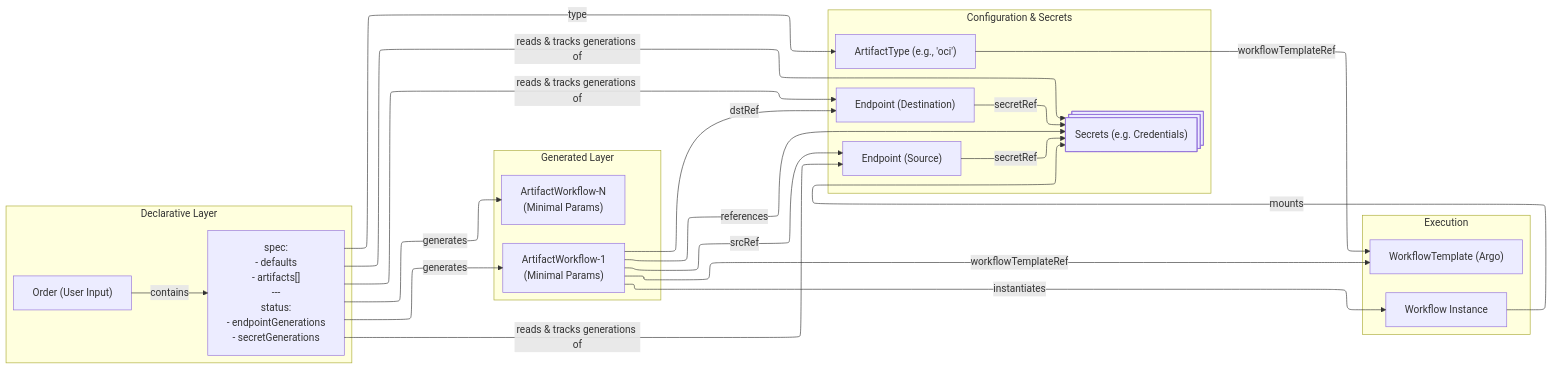
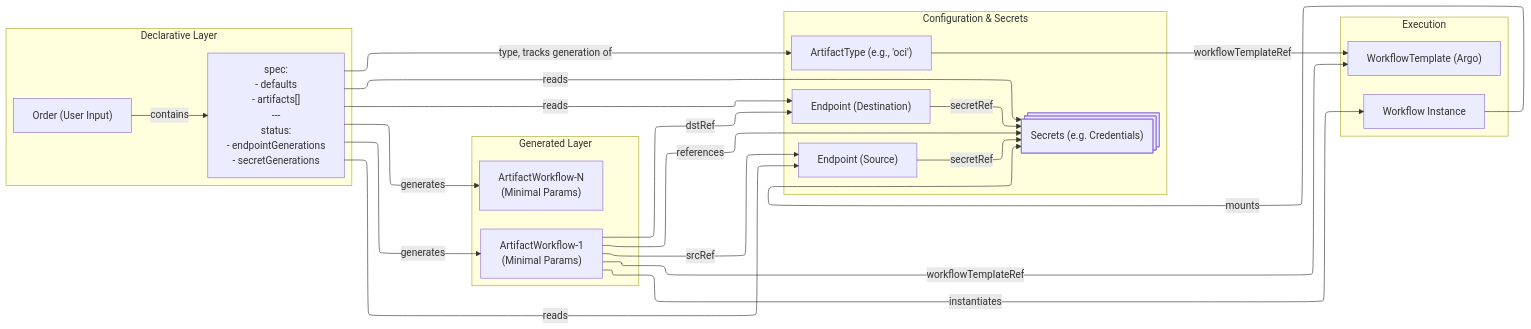
One commit to opendefensecloud/artifact-conduit changed the diagram in docs/index.md. Above: the diagram before and after it, drawn with Mermaid. The commit also changed other lines of this file and 2 other files, not shown here.

````diff
--- a/docs/index.md
+++ b/docs/index.md
@@ -36,40 +36,40 @@
 ```mermaid
 ---
 config:
   layout: elk
 ---
 flowchart LR
  subgraph subGraph0["Declarative Layer"]
         Order["Order (User Input)"]
         Spec["spec:<br>- defaults<br>- artifacts[]<br>--- <br>status:<br>- endpointGenerations<br>- secretGenerations"]
   end
  subgraph subGraph1["Generated Layer"]
         ArtifactWorkflow1["ArtifactWorkflow-1<br>(Minimal Params)"]
         ArtifactWorkflowN["ArtifactWorkflow-N<br>(Minimal Params)"]
   end
  subgraph Configuration["Configuration & Secrets"]
         ArtifactTypeDef@{ label: "ArtifactType (e.g., 'oci')" }
         EndpointSrc["Endpoint (Source)"]
         EndpointDst["Endpoint (Destination)"]
         EndpointSecret@{ shape: procs, label: "Secrets (e.g. Credentials)"}
   end
  subgraph Execution["Execution"]
         WorkflowTemplate["WorkflowTemplate (Argo)"]
         WorkflowInstance1["Workflow Instance"]
   end
     Order -- contains --> Spec
     Spec -- generates --> ArtifactWorkflow1 & ArtifactWorkflowN
-    Spec -- reads & tracks generations of --> EndpointSrc & EndpointDst & EndpointSecret
-    Spec -- type --> ArtifactTypeDef
+    Spec -- reads --> EndpointSrc & EndpointDst & EndpointSecret
+    Spec -- type, tracks generation of --> ArtifactTypeDef
     ArtifactWorkflow1 -- srcRef --> EndpointSrc
     ArtifactWorkflow1 -- dstRef --> EndpointDst
     EndpointSrc -- secretRef --> EndpointSecret
     EndpointDst -- secretRef --> EndpointSecret
     ArtifactTypeDef -- workflowTemplateRef --> WorkflowTemplate
     ArtifactWorkflow1 -- references --> EndpointSecret
     ArtifactWorkflow1 -- instantiates --> WorkflowInstance1
     ArtifactWorkflow1 -- workflowTemplateRef --> WorkflowTemplate
     WorkflowInstance1 -- mounts --> EndpointSecret
 
     ArtifactTypeDef@{ shape: rect}
 ```
````
